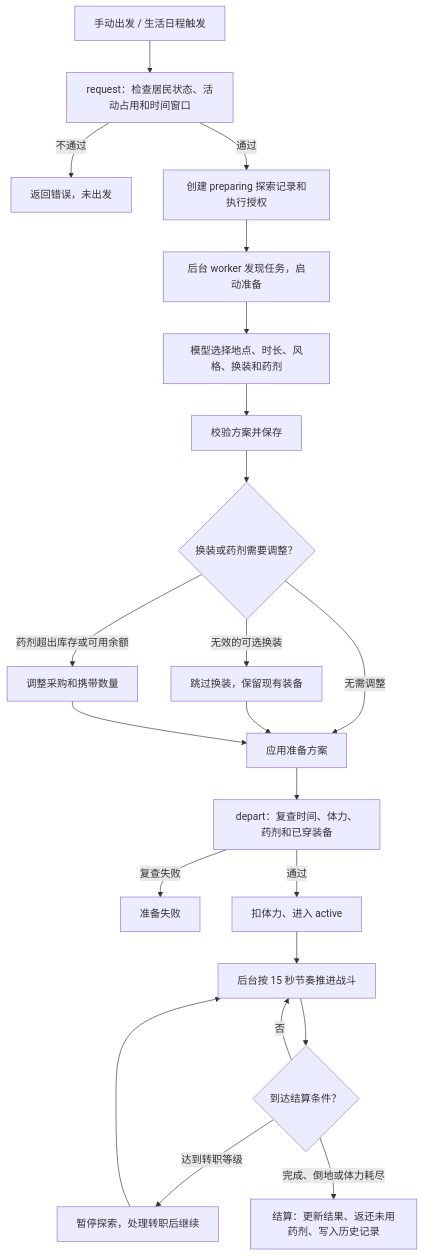
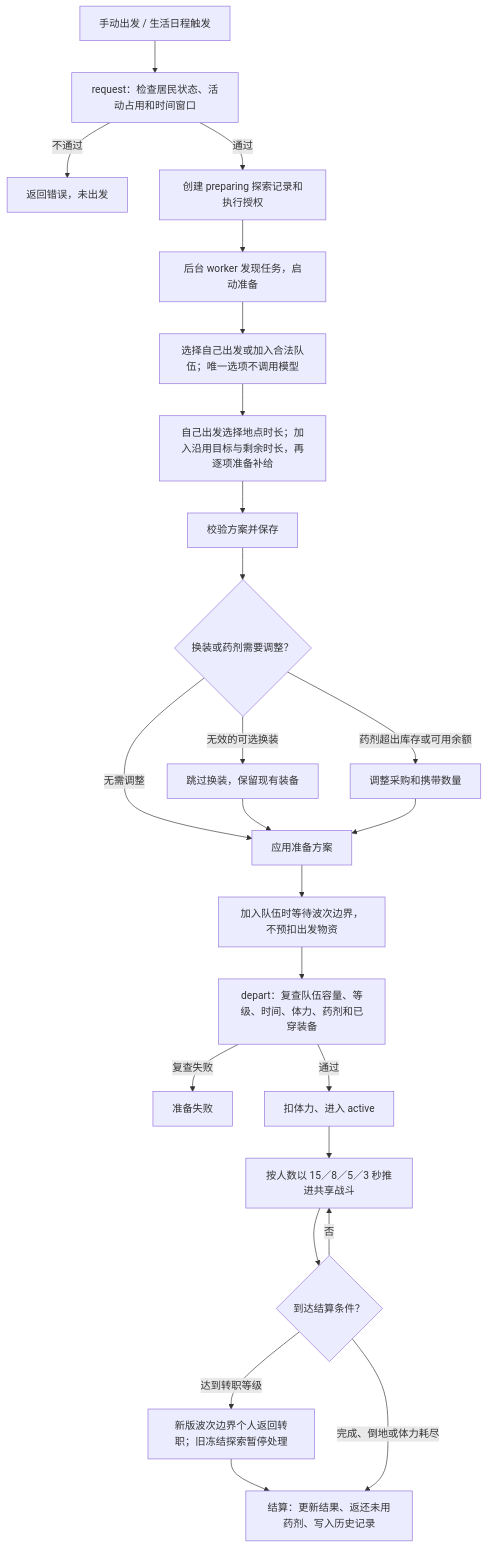
The diagram in docs/agents/Agent迷宫探索与战斗说明.md (TangerineSpecter/O-Doc), drawn with Mermaid before and after one commit. The commit also changed other lines of this file and 114 other files, not shown here.

````diff
--- a/docs/agents/Agent迷宫探索与战斗说明.md
+++ b/docs/agents/Agent迷宫探索与战斗说明.md
@@ -17,24 +50,26 @@
 ```mermaid
 flowchart TD
     A[手动出发 / 生活日程触发] --> B[request：检查居民状态、活动占用和时间窗口]
     B -->|不通过| X[返回错误，未出发]
     B -->|通过| C[创建 preparing 探索记录和执行授权]
     C --> D[后台 worker 发现任务，启动准备]
-    D --> E[模型选择地点、时长、风格、换装和药剂]
+    D --> S[选择自己出发或加入合法队伍；唯一选项不调用模型]
+    S --> E[自己出发选择地点时长；加入沿用目标与剩余时长，再逐项准备补给]
     E --> F[校验方案并保存]
     F --> G{换装或药剂需要调整？}
     G -->|无效的可选换装| H[跳过换装，保留现有装备]
     G -->|药剂超出库存或可用余额| I[调整采购和携带数量]
     G -->|无需调整| J[应用准备方案]
     H --> J
     I --> J
-    J --> K[depart：复查时间、体力、药剂和已穿装备]
+    J --> W[加入队伍时等待波次边界，不预扣出发物资]
+    W --> K[depart：复查队伍容量、等级、时间、体力、药剂和已穿装备]
     K -->|复查失败| Y[准备失败]
     K -->|通过| L[扣体力、进入 active]
-    L --> M[后台按 15 秒节奏推进战斗]
+    L --> M[按人数以 15／8／5／3 秒推进共享战斗]
     M --> N{到达结算条件？}
     N -->|否| M
-    N -->|达到转职等级| P[暂停探索，处理转职后继续]
-    P --> M
+    N -->|达到转职等级| P[新版波次边界个人返回转职；旧冻结探索暂停处理]
+    P --> Q
     N -->|完成、倒地或体力耗尽| Q[结算：更新结果、返还未用药剂、写入历史记录] 
 ```
````
